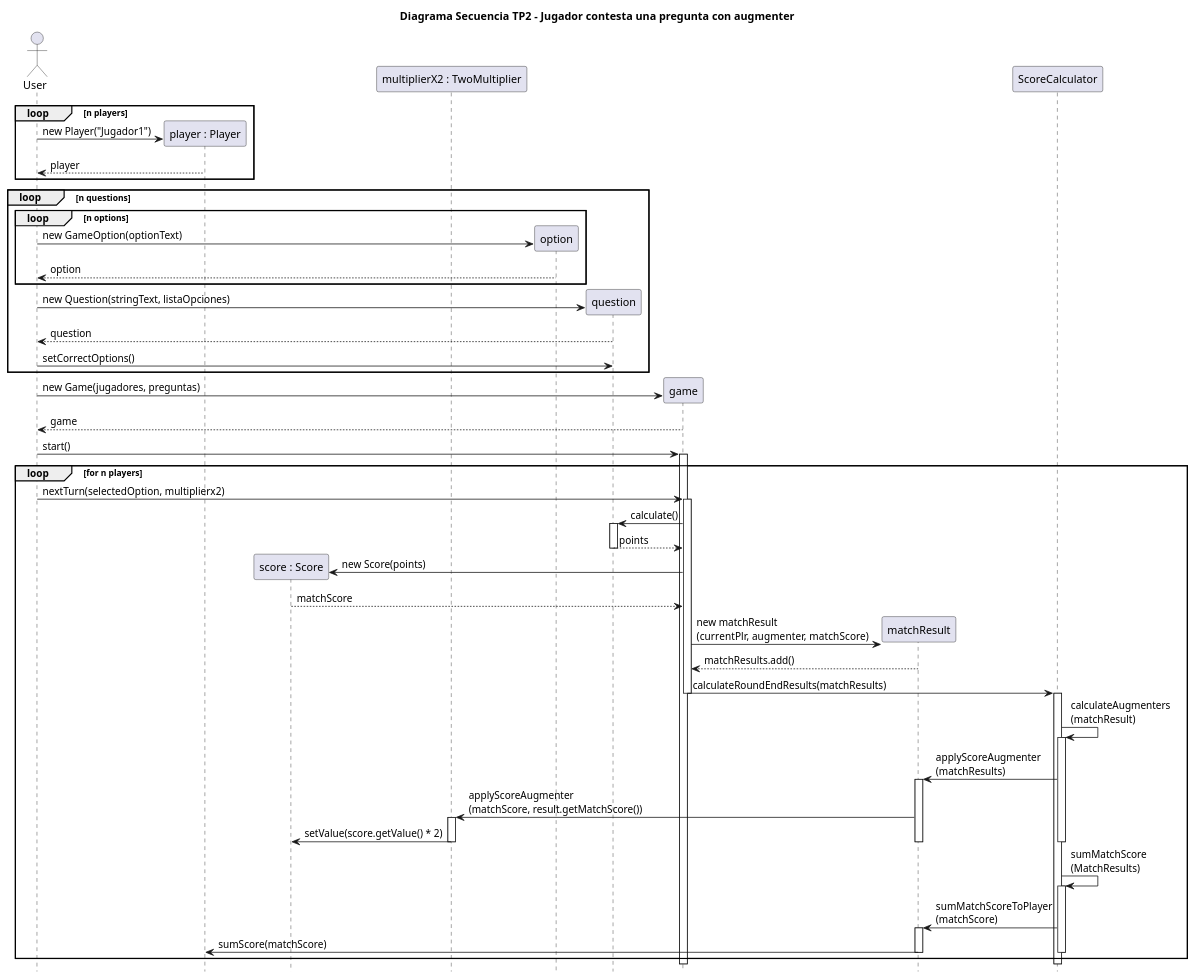
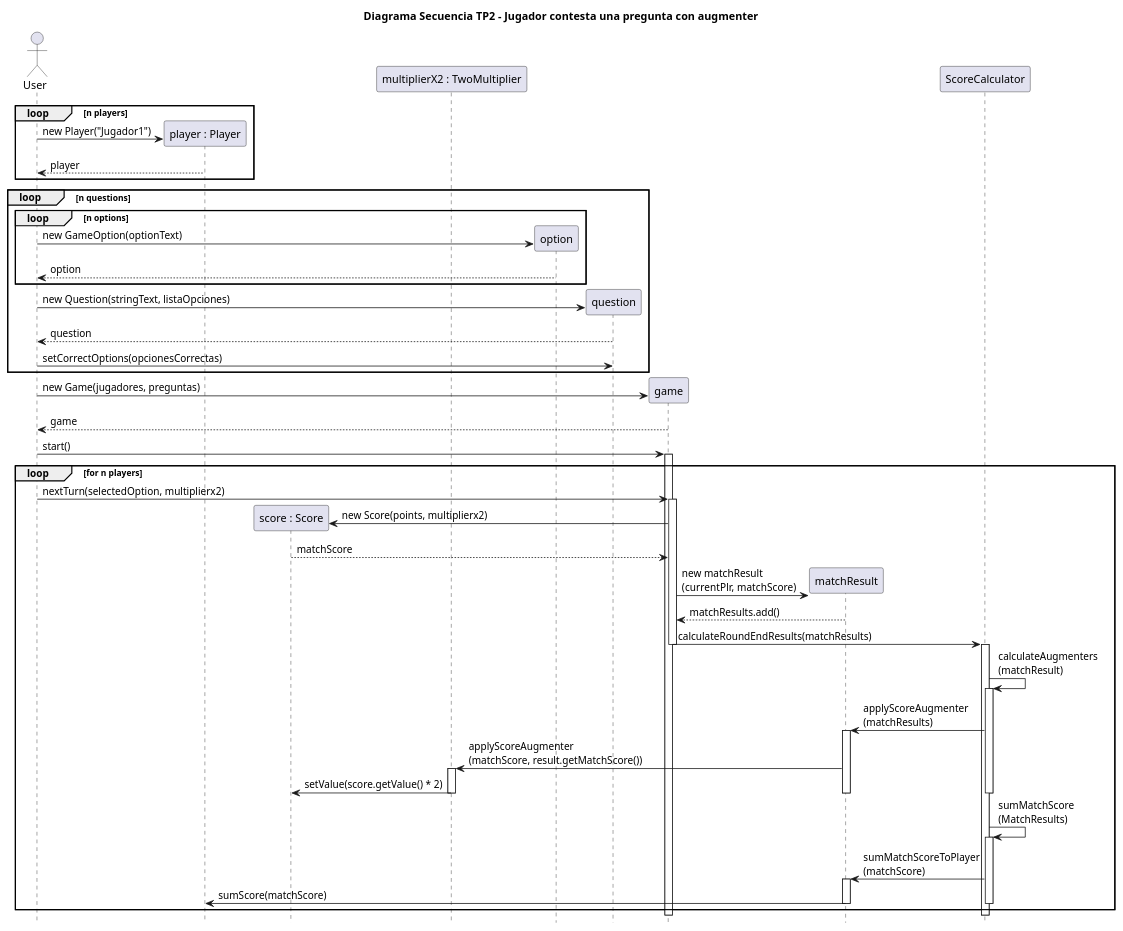
Before and after one commit to GEscandar/TP2-Kahoot: the diagram in docs/DiagramaSecuencia-ConestarPreguntaconAugmenter.plantuml, drawn with PlantUML. The commit also changed 5 other files, not shown here.

```diff
--- a/docs/DiagramaSecuencia-ConestarPreguntaconAugmenter.plantuml
+++ b/docs/DiagramaSecuencia-ConestarPreguntaconAugmenter.plantuml
@@ -1,70 +1,65 @@
 @startuml
 
 actor User
 title Diagrama Secuencia TP2 - Jugador contesta una pregunta con augmenter
 hide footbox
 
 participant "player : Player" as player
 participant "score : Score" as score
 participant "multiplierX2 : TwoMultiplier" as multiplierx2
 
 loop n players
 User -> player ** : new Player("Jugador1")
 player --> User : player
 end loop
 
 loop n questions 
 loop n options 
 User -> option ** : new GameOption(optionText)
 option --> User : option
 end loop
 User -> question ** : new Question(stringText, listaOpciones)
 question --> User : question
-User -> question : setCorrectOptions()
+User -> question : setCorrectOptions(opcionesCorrectas)
 end loop
 
 User -> game ** : new Game(jugadores, preguntas)
 game --> User : game
 User -> game : start()
 activate game
 
 loop for n players
 User -> game : nextTurn(selectedOption, multiplierx2)
 activate game
 
-game -> question : calculate()
-activate question
-question --> game : points
-deactivate question
-
-game -> score** : new Score(points)
+game -> score** : new Score(points, multiplierx2)
 score --> game : matchScore
 
-game -> matchResult** : new matchResult\n(currentPlr, augmenter, matchScore)
+game -> matchResult** : new matchResult\n(currentPlr, matchScore)
 matchResult --> game : matchResults.add()
 
 game -> ScoreCalculator : calculateRoundEndResults(matchResults)
 deactivate game
 activate ScoreCalculator
 ScoreCalculator -> ScoreCalculator : calculateAugmenters\n(matchResult)
 activate ScoreCalculator
 ScoreCalculator -> matchResult : applyScoreAugmenter\n(matchResults)
 activate matchResult
 matchResult -> multiplierx2 : applyScoreAugmenter\n(matchScore, result.getMatchScore()) 
 activate multiplierx2
 multiplierx2 -> score : setValue(score.getValue() * 2)
 deactivate multiplierx2
 deactivate matchResult
 deactivate ScoreCalculator
 ScoreCalculator -> ScoreCalculator : sumMatchScore\n(MatchResults)
 activate ScoreCalculator
 ScoreCalculator -> matchResult : sumMatchScoreToPlayer\n(matchScore)
 activate matchResult
 matchResult -> player : sumScore(matchScore)
 deactivate matchResult
 deactivate ScoreCalculator
 end loop
 deactivate ScoreCalculator
 deactivate game
 
 @enduml
```
